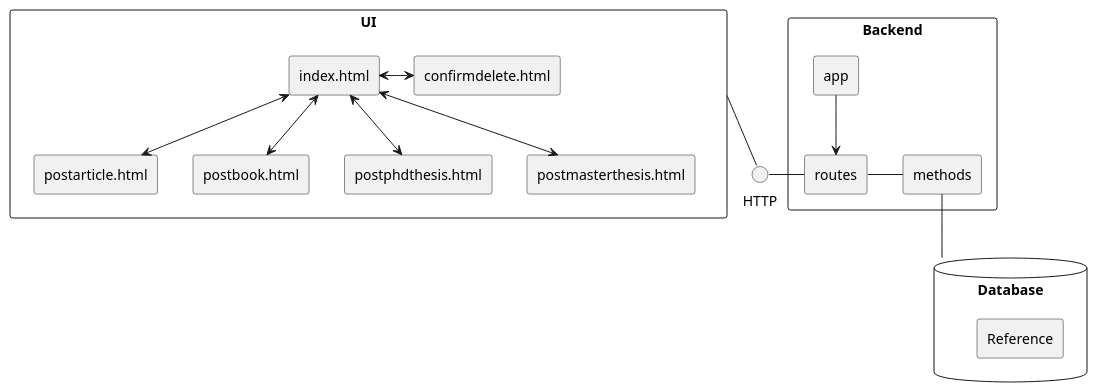
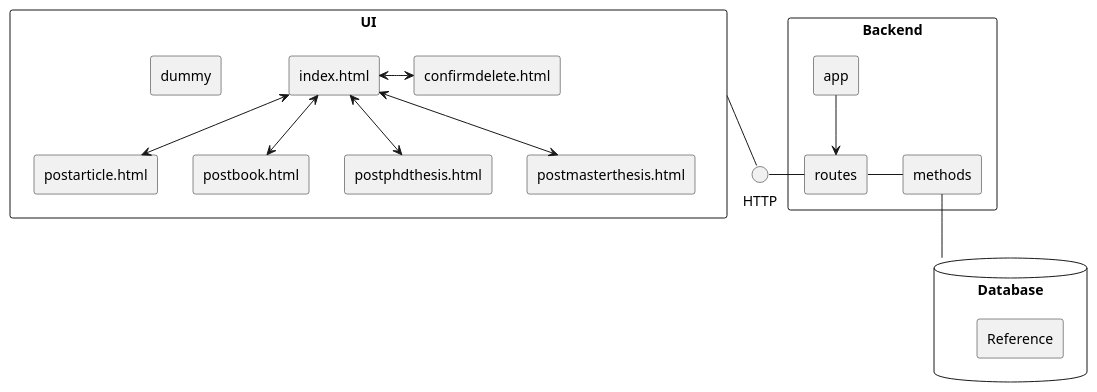
The diagram in doc/architecture.puml (thefakejj/miniprojekti), drawn with PlantUML before and after one commit.

Commit message:
Dummy change for PlantUML proxy cache testing

```diff
--- a/doc/architecture.puml
+++ b/doc/architecture.puml
@@ -1,43 +1,44 @@
 @startuml
 rectangle "UI" {  
     rectangle "index.html"    
     rectangle "postarticle.html"    
     rectangle "postbook.html"
     rectangle "postphdthesis.html"
     rectangle "postmasterthesis.html"    
     rectangle "confirmdelete.html"
     'rectangle "error.html"
+    rectangle "dummy"
 }
 
 rectangle "Backend" {
     rectangle "app"
     rectangle "routes"
     rectangle "methods"
 }
 
 database "Database" {
     rectangle "Reference"
 }
 
 interface HTTP
 
 index.html <--> postarticle.html
 index.html <--> postbook.html
 index.html <--> postphdthesis.html
 index.html <--> postmasterthesis.html
 index.html <-right-> confirmdelete.html
 'postbook.html <--> error.html  
 'postmasterthesis.html <--> error.html
 'confirmdelete.html <--> error.html
 
 
 UI -- HTTP
 HTTP - routes
 
 
 app --> routes
 routes - methods
 methods -- Database
 
 
 @enduml
```
